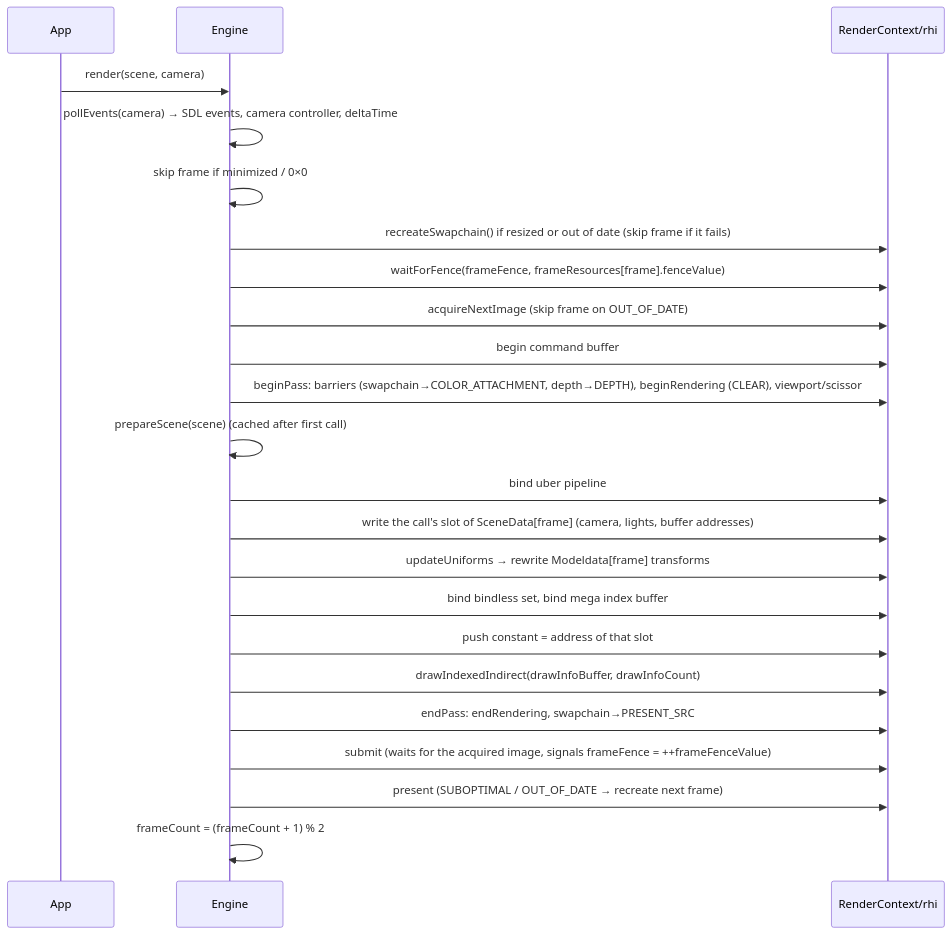
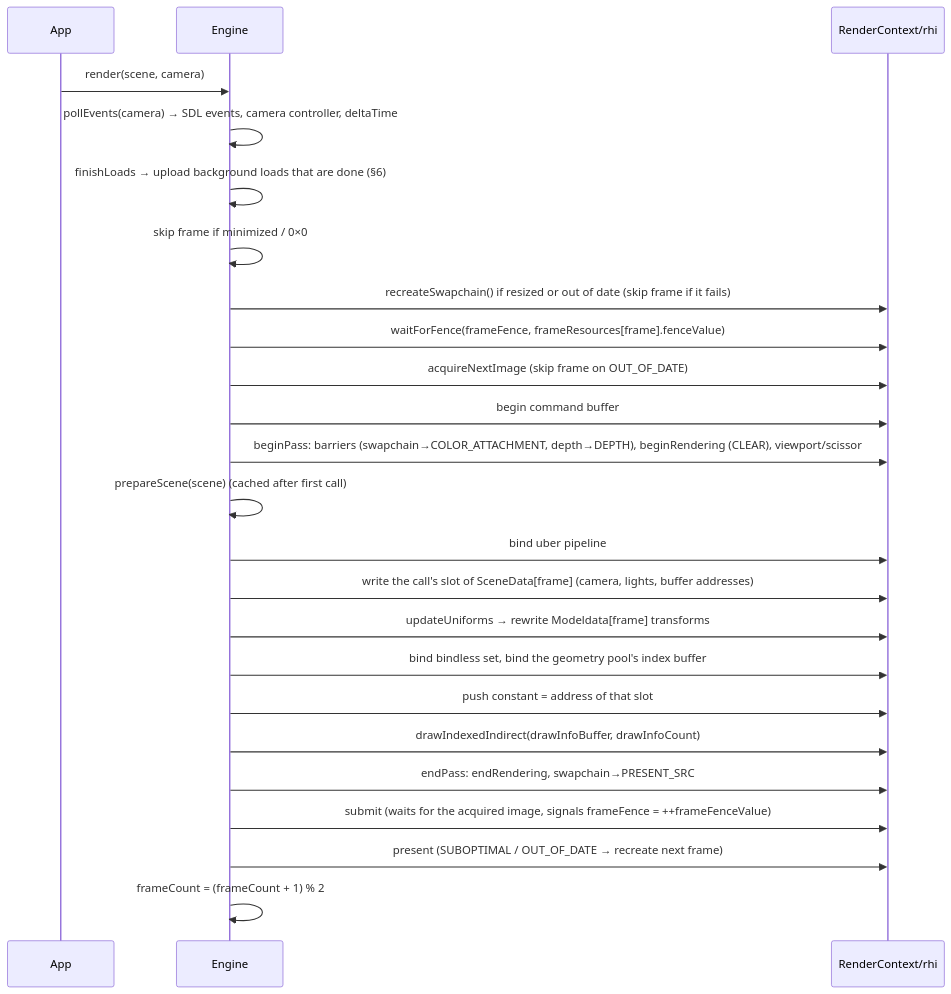
The second of 3 diagrams in docs/architecture.md (adel-elmala/rasm), drawn with Mermaid before and after one commit. The commit also changed other lines of this file and 28 other files, not shown here.

````diff
--- a/docs/architecture.md
+++ b/docs/architecture.md
@@ -80,25 +81,26 @@
 ```mermaid
 sequenceDiagram
     participant App
     participant E as Engine
     participant C as RenderContext/rhi
     App->>E: render(scene, camera)
     E->>E: pollEvents(camera) → SDL events, camera controller, deltaTime
+    E->>E: finishLoads → upload background loads that are done (§6)
     E->>E: skip frame if minimized / 0×0
     E->>C: recreateSwapchain() if resized or out of date (skip frame if it fails)
     E->>C: waitForFence(frameFence, frameResources[frame].fenceValue)
     E->>C: acquireNextImage (skip frame on OUT_OF_DATE)
     E->>C: begin command buffer
     E->>C: beginPass: barriers (swapchain→COLOR_ATTACHMENT, depth→DEPTH), beginRendering (CLEAR), viewport/scissor
     E->>E: prepareScene(scene) (cached after first call)
     E->>C: bind uber pipeline
     E->>C: write the call's slot of SceneData[frame] (camera, lights, buffer addresses)
     E->>C: updateUniforms → rewrite Modeldata[frame] transforms
-    E->>C: bind bindless set, bind mega index buffer
+    E->>C: bind bindless set, bind the geometry pool's index buffer
     E->>C: push constant = address of that slot
     E->>C: drawIndexedIndirect(drawInfoBuffer, drawInfoCount)
     E->>C: endPass: endRendering, swapchain→PRESENT_SRC
     E->>C: submit (waits for the acquired image, signals frameFence = ++frameFenceValue)
     E->>C: present (SUBOPTIMAL / OUT_OF_DATE → recreate next frame)
     E->>E: frameCount = (frameCount + 1) % 2
 ```
````
